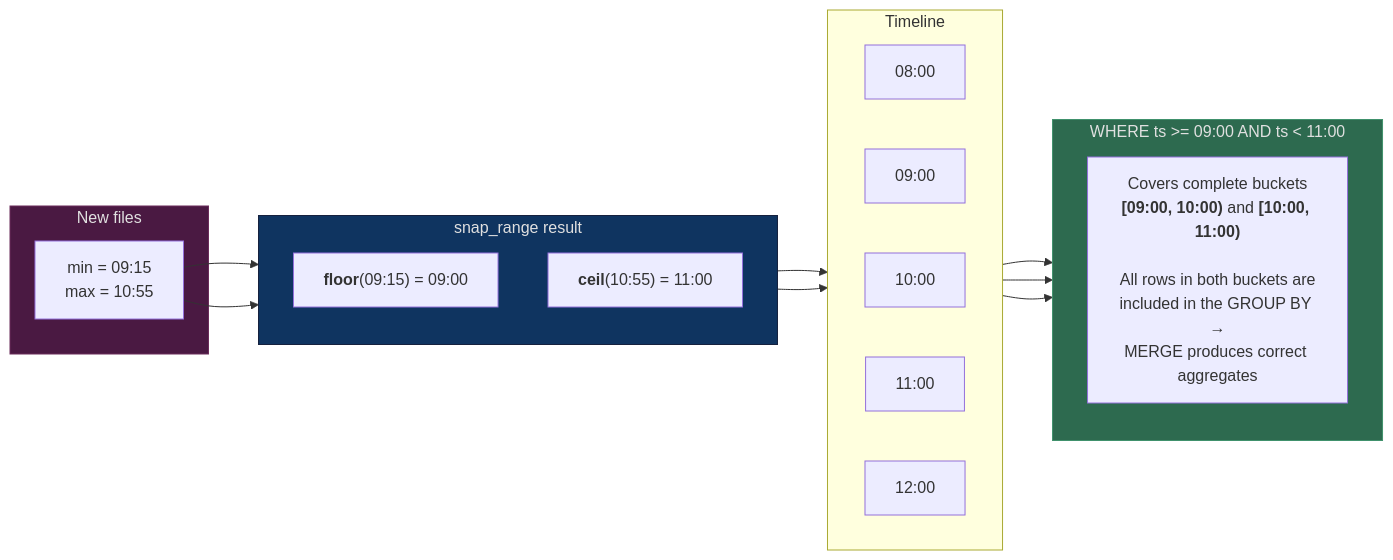
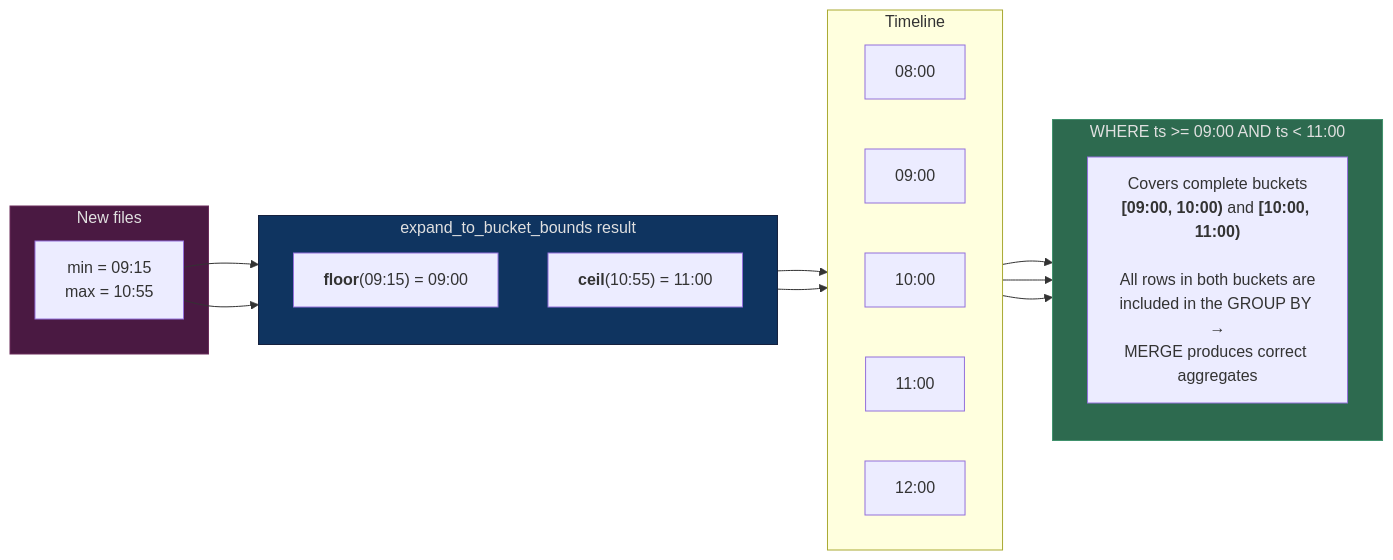
The third of 4 diagrams in README.md (jonasbrami/iceberg-ivm), drawn with Mermaid before and after one commit. The commit also changed other lines of this file and 7 other files, not shown here.

First line of the commit message:
refactor: rename snap_range to expand_to_bucket_bounds

````diff
--- a/README.md
+++ b/README.md
@@ -98,35 +98,35 @@
 ```mermaid
 flowchart LR
     subgraph timeline["Timeline"]
         direction LR
         h08["08:00"]
         h09["09:00"]
         h10["10:00"]
         h11["11:00"]
         h12["12:00"]
     end
 
     subgraph filestats["New files"]
         fs["min = 09:15<br/>max = 10:55"]
     end
 
-    subgraph snapresult["snap_range result"]
+    subgraph snapresult["expand_to_bucket_bounds result"]
         direction TB
         floor["<b>floor</b>(09:15) = 09:00"]
         ceil["<b>ceil</b>(10:55) = 11:00"]
     end
 
     subgraph filter["WHERE ts >= 09:00 AND ts < 11:00"]
         direction TB
         covered["Covers complete buckets<br/><b>[09:00, 10:00)</b> and <b>[10:00, 11:00)</b><br/><br/>All rows in both buckets are<br/>included in the GROUP BY →<br/>MERGE produces correct aggregates"]
     end
 
     fs --> floor & ceil
     floor --> h09
     ceil --> h11
     h09 & h10 & h11 --> covered
 
     style filestats fill:#4a1942,stroke:#6b2d5b,color:#e0e0e0
     style snapresult fill:#0f3460,stroke:#16213e,color:#e0e0e0
     style filter fill:#2d6a4f,stroke:#40916c,color:#e0e0e0
 ```
````
